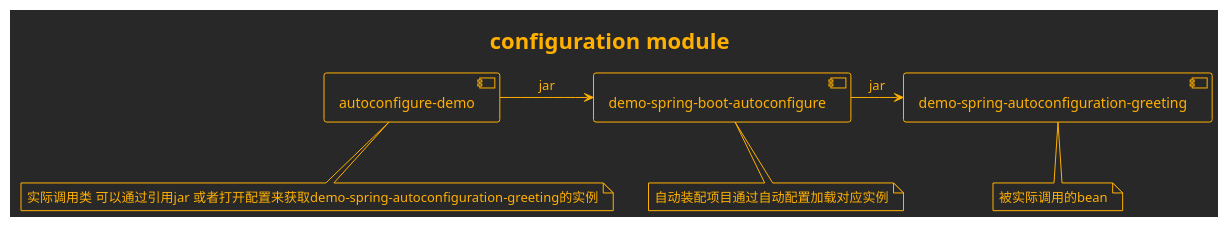
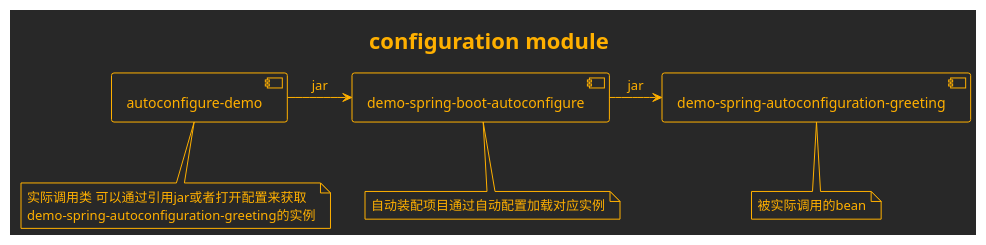
One commit to FantasybabyChange/springStudyProject changed the diagram in spring-boot-configuration/Module.puml. Above: the diagram before and after it, drawn with PlantUML. The commit also changed 2 other files, not shown here.

```diff
--- a/spring-boot-configuration/Module.puml
+++ b/spring-boot-configuration/Module.puml
@@ -1,20 +1,21 @@
 @startuml configuration module
 !theme crt-amber
 title configuration module
 [autoconfigure-demo] as ad
 [demo-spring-autoconfiguration-greeting] as dge
 [demo-spring-boot-autoconfigure] as dsa
 note bottom of dge
    被实际调用的bean
 end note
 note bottom of dsa
    自动装配项目通过自动配置加载对应实例
 end note
 note bottom of ad
-   实际调用类 可以通过引用jar 或者打开配置来获取demo-spring-autoconfiguration-greeting的实例
+   实际调用类 可以通过引用jar或者打开配置来获取
+   demo-spring-autoconfiguration-greeting的实例
 end note
 
 dsa ->dge:jar 
 ad ->dsa:jar 
 
 @enduml
```
